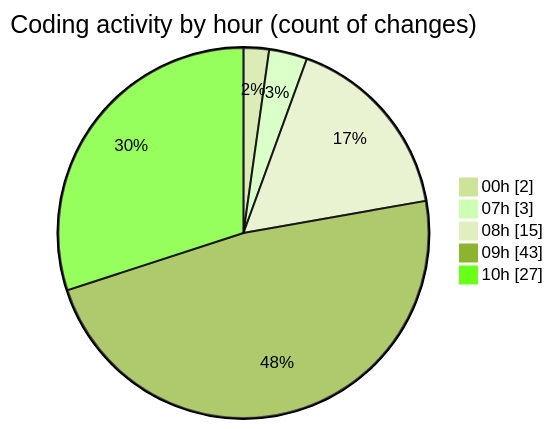
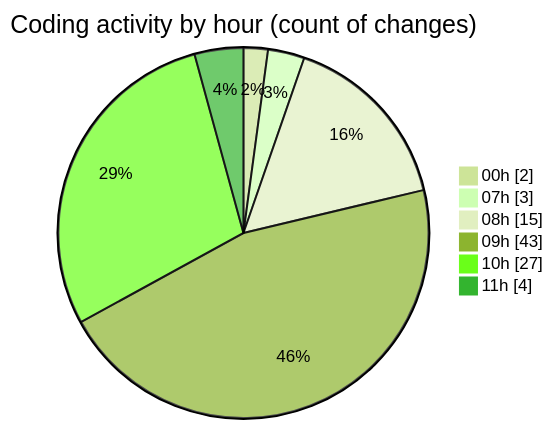
Before and after one commit to donsfak/code-tracking: the second of 2 diagrams in 2025-02-10/maps_clone/README.md, drawn with Mermaid (forest theme). The commit also changed other lines of this file and 1 other file, not shown here.

````diff
--- a/2025-02-10/maps_clone/README.md
+++ b/2025-02-10/maps_clone/README.md
@@ -40,9 +42,10 @@
 ```mermaid
 pie showData
 title Coding activity by hour (count of changes)
 "00h" : 2
 "07h" : 3
 "08h" : 15
 "09h" : 43
 "10h" : 27
+"11h" : 4
 ```
````
